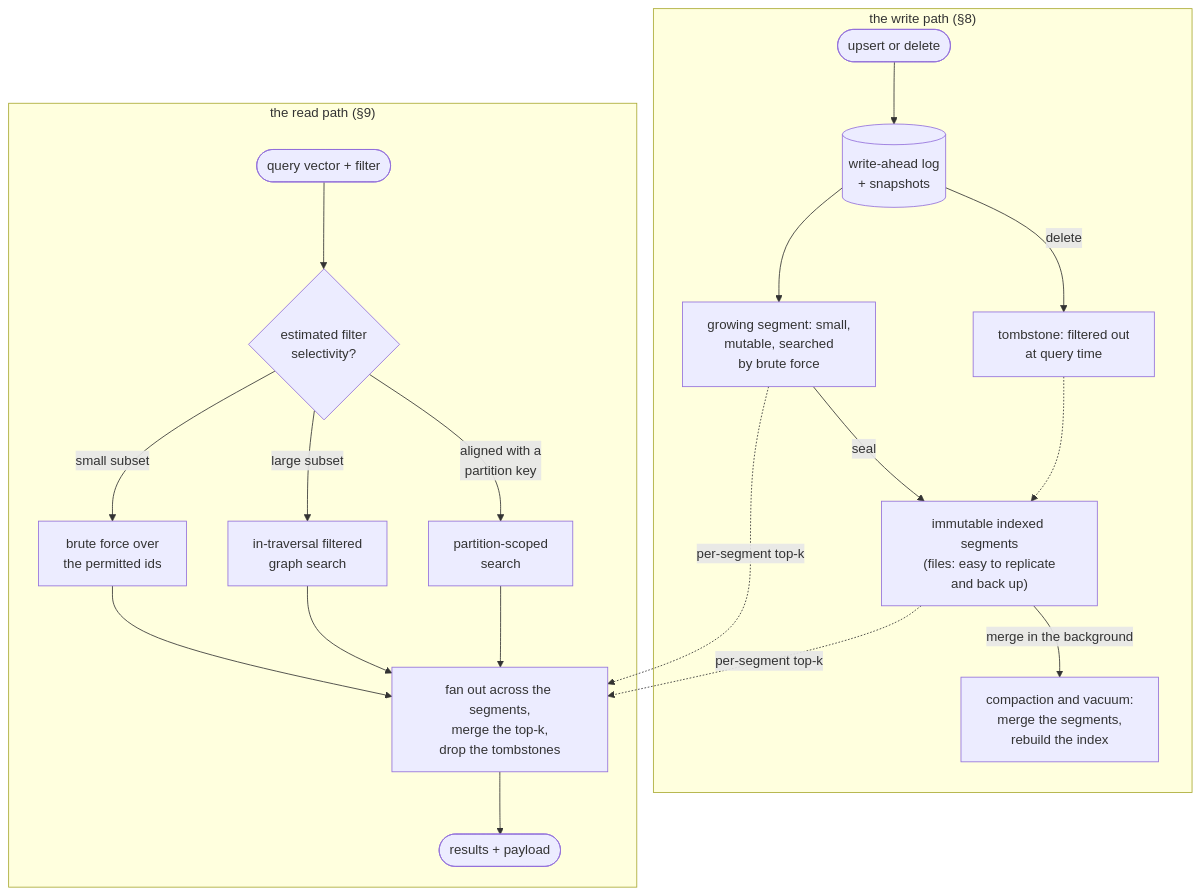
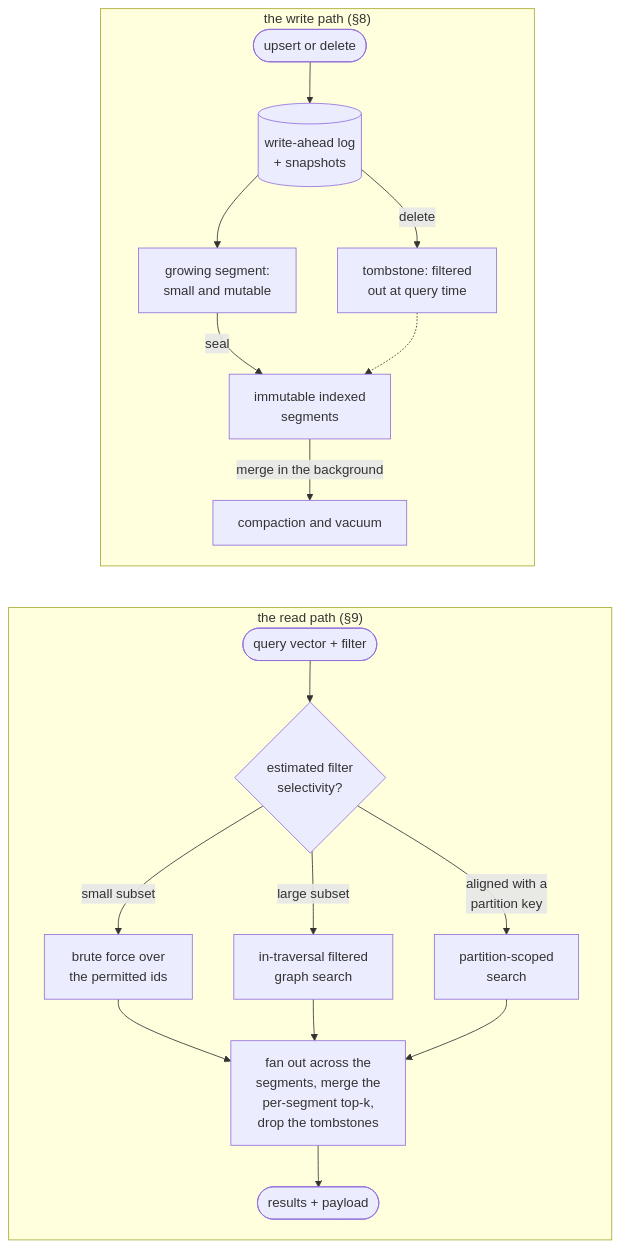
One commit to aniryou/full-stack-agentic-engineer changed the first of 2 diagrams in 07-application-agent-framework/retrieval-rag/vector-databases-primer.md. Above: the diagram before and after it, drawn with Mermaid. The commit also changed other lines of this file and 29 other files, not shown here.

````diff
--- a/07-application-agent-framework/retrieval-rag/vector-databases-primer.md
+++ b/07-application-agent-framework/retrieval-rag/vector-databases-primer.md
@@ -194,23 +194,22 @@
 ```mermaid
 flowchart TB
   subgraph W["the write path (§8)"]
     U([upsert or delete]) --> L[("write-ahead log<br/>+ snapshots")]
-    L --> G["growing segment: small,<br/>mutable, searched<br/>by brute force"]
-    G -->|seal| S["immutable indexed segments<br/>(files: easy to replicate<br/>and back up)"]
-    L -->|delete| D["tombstone: filtered out<br/>at query time"]
+    L --> G["growing segment:<br/>small and mutable"]
+    G -->|seal| S["immutable indexed<br/>segments"]
+    L -->|delete| D["tombstone: filtered<br/>out at query time"]
     D -.-> S
-    S -->|"merge in the background"| C["compaction and vacuum:<br/>merge the segments,<br/>rebuild the index"]
+    S -->|"merge in the background"| C["compaction and vacuum"]
   end
   subgraph R["the read path (§9)"]
     Q([query vector + filter]) --> E{"estimated filter<br/>selectivity?"}
     E -->|"small subset"| B["brute force over<br/>the permitted ids"]
     E -->|"large subset"| T["in-traversal filtered<br/>graph search"]
     E -->|"aligned with a<br/>partition key"| P["partition-scoped<br/>search"]
-    B --> F["fan out across the segments,<br/>merge the top-k,<br/>drop the tombstones"]
+    B --> F["fan out across the<br/>segments, merge the<br/>per-segment top-k,<br/>drop the tombstones"]
     T --> F
     P --> F
     F --> O([results + payload])
   end
-  G -.->|"per-segment top-k"| F
-  S -.->|"per-segment top-k"| F
+  C ~~~ Q
 ```
````
